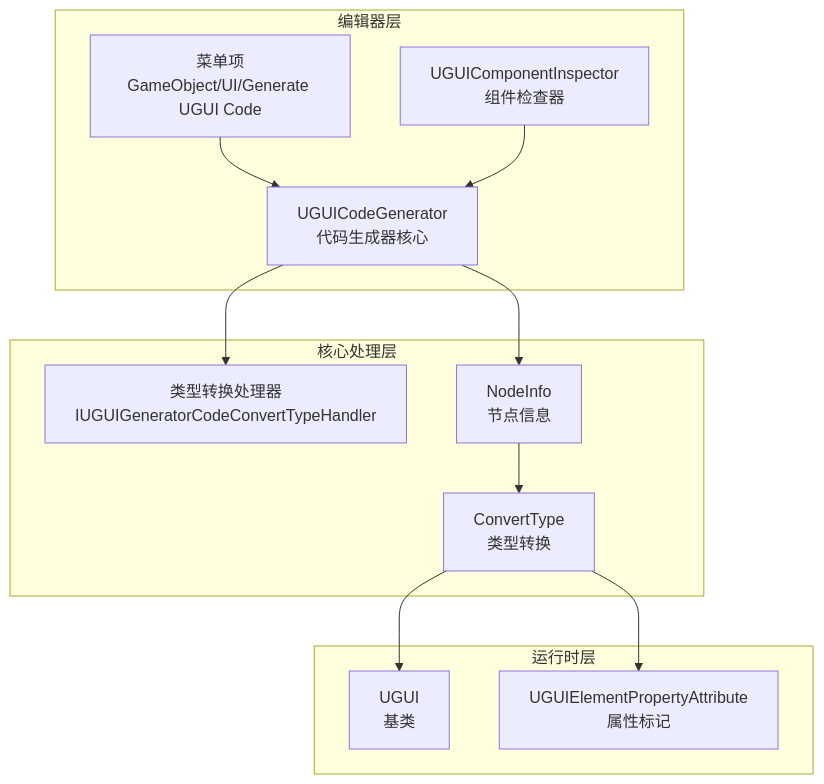
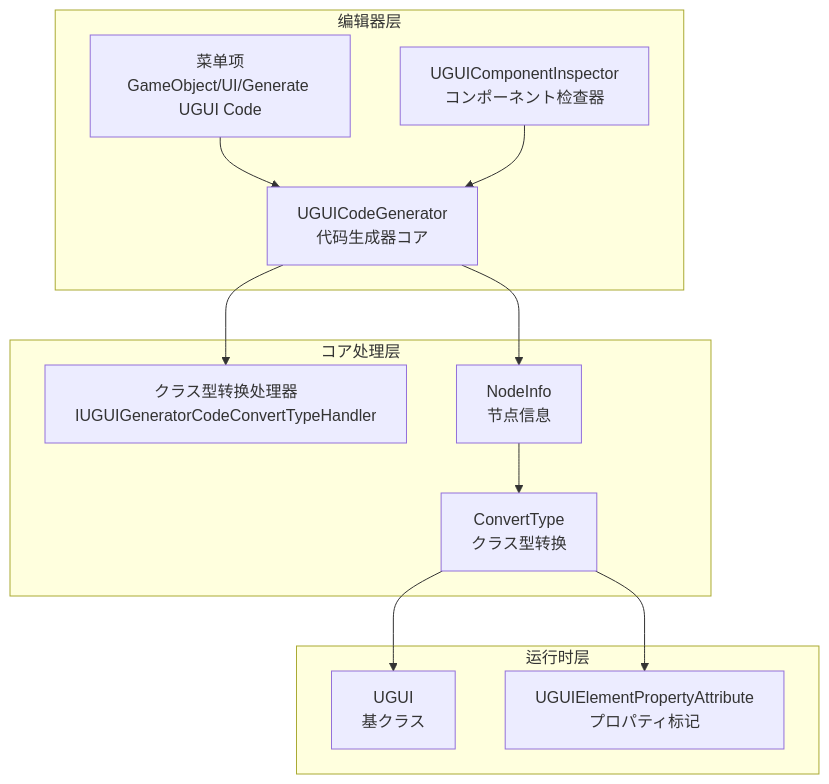
One commit to AlianBlank/GameFrameX.Docs changed the first of 2 diagrams in docs/ja/client/unity/component/ui-ugui/10.code-generator.md. Above: the diagram before and after it, drawn with Mermaid. The commit also changed other lines of this file and 603 other files, not shown here.

````diff
--- a/docs/ja/client/unity/component/ui-ugui/10.code-generator.md
+++ b/docs/ja/client/unity/component/ui-ugui/10.code-generator.md
@@ -25,27 +25,27 @@
 ```mermaid
 graph TD
     subgraph Editor["编辑器层"]
         Menu[菜单项<br/>GameObject/UI/Generate UGUI Code]
-        Generator[UGUICodeGenerator<br/>代码生成器核心]
-        Inspector[UGUIComponentInspector<br/>组件检查器]
+        Generator[UGUICodeGenerator<br/>代码生成器コア]
+        Inspector[UGUIComponentInspector<br/>コンポーネント检查器]
     end
 
-    subgraph Core["核心处理层"]
-        Handler[类型转换处理器<br/>IUGUIGeneratorCodeConvertTypeHandler]
+    subgraph Core["コア处理层"]
+        Handler[クラス型转换处理器<br/>IUGUIGeneratorCodeConvertTypeHandler]
         NodeInfo[NodeInfo<br/>节点信息]
-        Convert[ConvertType<br/>类型转换]
+        Convert[ConvertType<br/>クラス型转换]
     end
 
     subgraph Runtime["运行时层"]
-        UGUI[UGUI<br/>基类]
-        Attribute[UGUIElementPropertyAttribute<br/>属性标记]
+        UGUI[UGUI<br/>基クラス]
+        Attribute[UGUIElementPropertyAttribute<br/>プロパティ标记]
     end
 
     Menu --> Generator
     Inspector --> Generator
     Generator --> Handler
     Generator --> NodeInfo
     NodeInfo --> Convert
     Convert --> UGUI
     Convert --> Attribute
 ```
````
